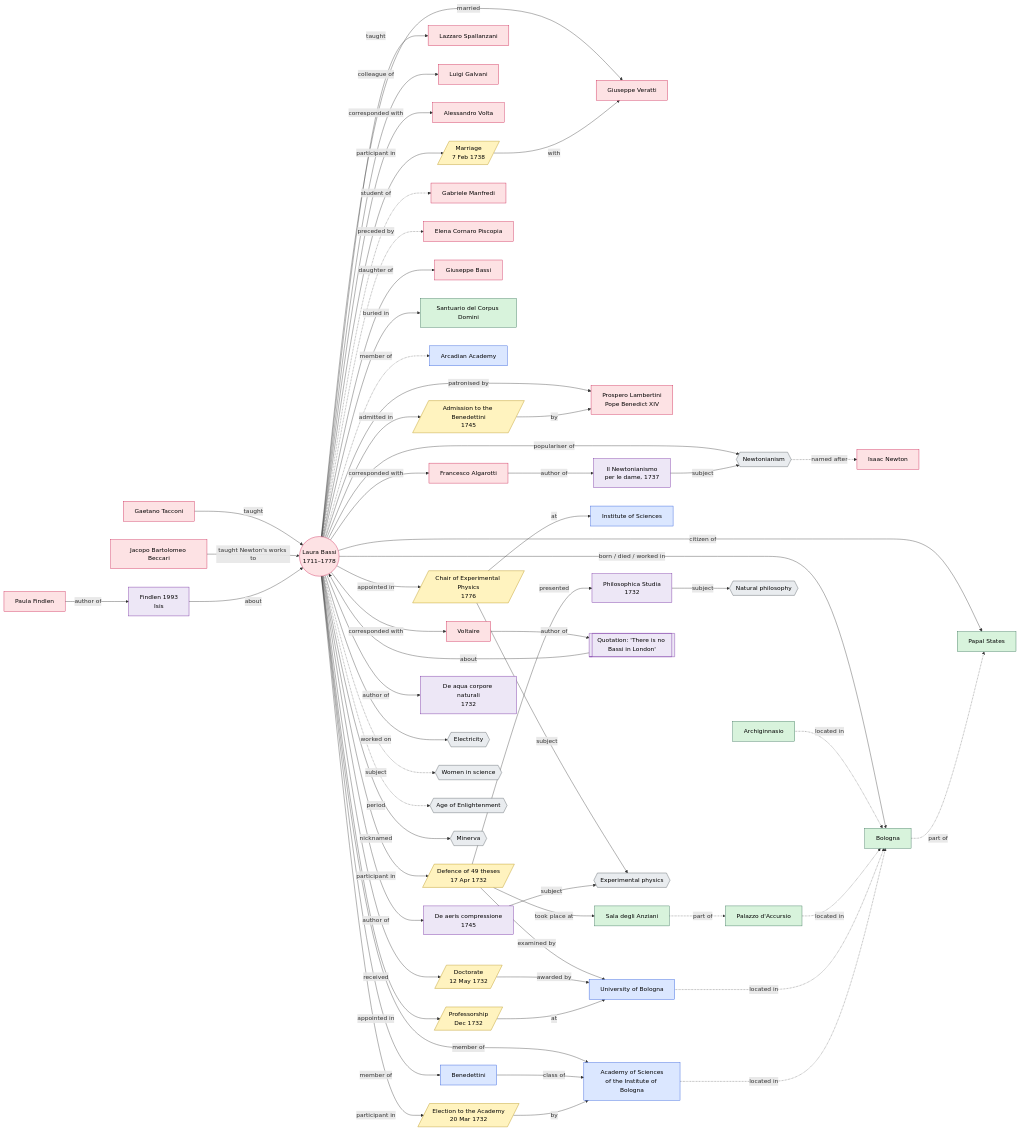
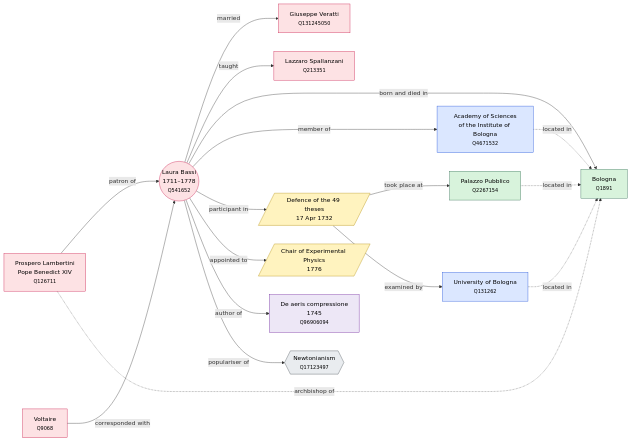
Before and after one commit to xenia2525/laura-bassi-lod: the diagram in models/theoretical_model.md, drawn with Mermaid. The commit also changed other lines of this file and 8 other files, not shown here.

````diff
--- a/models/theoretical_model.md
+++ b/models/theoretical_model.md
@@ -15,122 +33,34 @@
   classDef work fill:#ede7f6,stroke:#6a1b9a,color:#000
   classDef concept fill:#e9ecef,stroke:#495057,color:#000
 
-  LB((Laura Bassi<br/>1711–1778)):::person
+  LB((Laura Bassi<br/>1711–1778<br/><small>Q541652</small>)):::person
+  LAM[Prospero Lambertini<br/>Pope Benedict XIV<br/><small>Q126711</small>]:::person
+  VER[Giuseppe Veratti<br/><small>Q131245050</small>]:::person
+  SPA[Lazzaro Spallanzani<br/><small>Q213351</small>]:::person
+  VOL[Voltaire<br/><small>Q9068</small>]:::person
+  BO[Bologna<br/><small>Q1891</small>]:::place
+  PP[Palazzo Pubblico<br/><small>Q2267154</small>]:::place
+  UNI[University of Bologna<br/><small>Q131262</small>]:::org
+  ACC[Academy of Sciences<br/>of the Institute of Bologna<br/><small>Q4671532</small>]:::org
+  E1[/Defence of the 49 theses<br/>17 Apr 1732/]:::event
+  E2[/Chair of Experimental Physics<br/>1776/]:::event
+  W[De aeris compressione<br/>1745<br/><small>Q96906094</small>]:::work
+  NEW{{Newtonianism<br/><small>Q17123497</small>}}:::concept
 
-  %% people
-  GV[Giuseppe Veratti]:::person
-  B14[Prospero Lambertini<br/>Pope Benedict XIV]:::person
-  VOL[Voltaire]:::person
-  SPA[Lazzaro Spallanzani]:::person
-  GAL[Luigi Galvani]:::person
-  VOLTA[Alessandro Volta]:::person
-  ALG[Francesco Algarotti]:::person
-  MAN[Gabriele Manfredi]:::person
-  ECP[Elena Cornaro Piscopia]:::person
-  NEW[Isaac Newton]:::person
-  PF[Paula Findlen]:::person
-  GB[Giuseppe Bassi]:::person
-  TAC[Gaetano Tacconi]:::person
-  BEC[Jacopo Bartolomeo Beccari]:::person
-
-  %% places & organisations
-  BO[Bologna]:::place
-  PA[Palazzo d'Accursio]:::place
-  CD[Santuario del Corpus Domini]:::place
-  PS[Papal States]:::place
-  UNI[University of Bologna]:::org
-  ACC[Academy of Sciences<br/>of the Institute of Bologna]:::org
-  ARC[Arcadian Academy]:::org
-  INS[Institute of Sciences]:::org
-  BEN[Benedettini]:::org
-  SA[Sala degli Anziani]:::place
-  ARCH[Archiginnasio]:::place
-
-  %% events
-  E1[/Defence of 49 theses<br/>17 Apr 1732/]:::event
-  E2[/Doctorate<br/>12 May 1732/]:::event
-  E3[/Professorship<br/>Dec 1732/]:::event
-  E4[/Marriage<br/>7 Feb 1738/]:::event
-  E5[/Chair of Experimental Physics<br/>1776/]:::event
-  E0[/Election to the Academy<br/>20 Mar 1732/]:::event
-  E6[/Admission to the Benedettini<br/>1745/]:::event
-
-  %% works
-  W1[Philosophica Studia<br/>1732]:::work
-  W2[De aeris compressione<br/>1745]:::work
-  W3[Il Newtonianismo<br/>per le dame, 1737]:::work
-  W4[Findlen 1993<br/>Isis]:::work
-  W5[De aqua corpore naturali<br/>1732]:::work
-  Q[["Quotation: 'There is no Bassi in London'"]]:::work
-
-  %% concepts
-  C1{{Newtonianism}}:::concept
-  C2{{Experimental physics}}:::concept
-  C3{{Natural philosophy}}:::concept
-  C4{{Electricity}}:::concept
-  C5{{Women in science}}:::concept
-  C6{{Age of Enlightenment}}:::concept
-  C7{{Minerva}}:::concept
-
-  %% relations
-  LB -- born / died / worked in --> BO
-  LB -- citizen of --> PS
-  LB -- buried in --> CD
-  LB -- married --> GV
-  LB -- patronised by --> B14
-  LB -- corresponded with --> VOL
-  LB -- corresponded with --> VOLTA
-  LB -- corresponded with --> ALG
+  LAM -- patron of --> LB
+  LB -- married --> VER
   LB -- taught --> SPA
-  LB -- colleague of --> GAL
+  VOL -- corresponded with --> LB
+  LB -- born and died in --> BO
   LB -- member of --> ACC
-  LB -.member of.-> ARC
-  LB -.student of.-> MAN
-  LB -.preceded by.-> ECP
-  LB -- daughter of --> GB
-  TAC -- taught --> LB
-  BEC -- taught Newton's works to --> LB
-  LB -- member of --> BEN
-  BEN -- class of --> ACC
-  LB -- nicknamed --> C7
-
   LB -- participant in --> E1
-  E1 -- took place at --> SA
-  SA -.part of.-> PA
-  ARCH -.located in.-> BO
-  LB -- participant in --> E0
-  E0 -- by --> ACC
-  LB -- admitted in --> E6
-  E6 -- by --> B14
-  LB -- author of --> W5
-  E1 -- presented --> W1
+  E1 -- took place at --> PP
   E1 -- examined by --> UNI
-  LB -- received --> E2
-  E2 -- awarded by --> UNI
-  LB -- appointed in --> E3
-  E3 -- at --> UNI
-  LB -- participant in --> E4
-  E4 -- with --> GV
-  LB -- appointed in --> E5
-  E5 -- subject --> C2
-  E5 -- at --> INS
-
-  LB -- author of --> W2
-  W1 -- subject --> C3
-  W2 -- subject --> C2
-  LB -- populariser of --> C1
-  C1 -.named after.-> NEW
-  ALG -- author of --> W3
-  W3 -- subject --> C1
-  LB -- worked on --> C4
-  VOL -- author of --> Q
-  Q -- about --> LB
-  PF -- author of --> W4
-  W4 -- about --> LB
-  LB -.subject.-> C5
-  LB -.period.-> C6
-  PA -.located in.-> BO
+  LB -- appointed to --> E2
+  LB -- author of --> W
+  LB -- populariser of --> NEW
+  LAM -.archbishop of.-> BO
+  PP -.located in.-> BO
   UNI -.located in.-> BO
   ACC -.located in.-> BO
-  BO -.part of.-> PS
 ```
````
